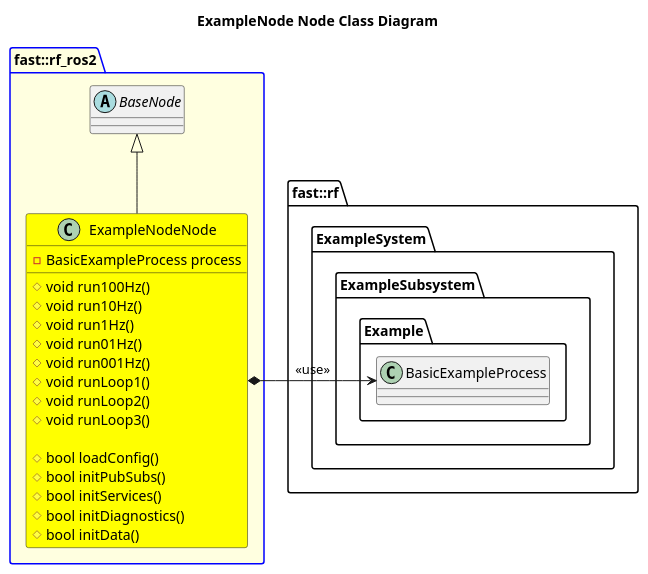
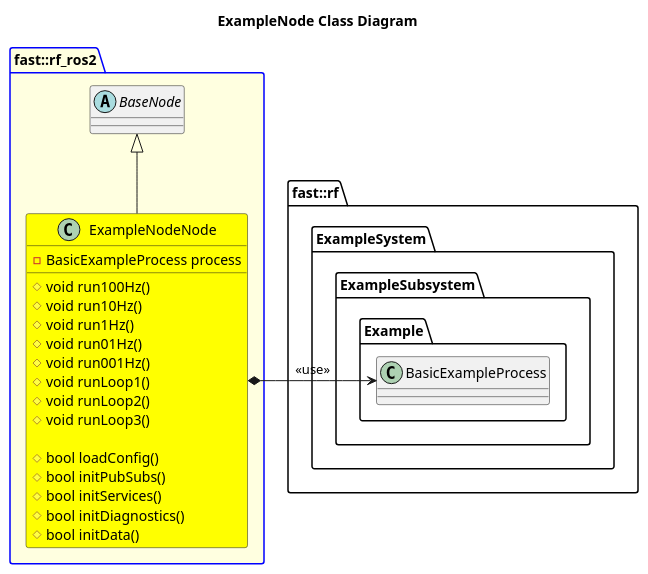
Before and after one commit to fastrobotics/robot_framework_ros2: the diagram in examples/ExampleNode/doc/puml/ExampleNodeClassDiagram.puml, drawn with PlantUML. The commit also changed 17 other files, not shown here.

```diff
--- a/examples/ExampleNode/doc/puml/ExampleNodeClassDiagram.puml
+++ b/examples/ExampleNode/doc/puml/ExampleNodeClassDiagram.puml
@@ -2,37 +2,37 @@
 @startuml
-title ExampleNode Node Class Diagram
+title ExampleNode Class Diagram
 namespace fast::rf {
     namespace ExampleSystem {
         namespace ExampleSubsystem {
             namespace Example {
                 class BasicExampleProcess
             }
         }
     }
 }
 package fast::rf_ros2 #LightYellow;line:blue { 
     abstract BaseNode {
     }
     class ExampleNodeNode #Yellow {
         #void run100Hz()
         #void run10Hz()
         #void run1Hz()
         #void run01Hz()
         #void run001Hz()
         #void runLoop1()
         #void runLoop2()
         #void runLoop3()
 
         #bool loadConfig()
         #bool initPubSubs()
         #bool initServices()
         #bool initDiagnostics()
         #bool initData()
         -BasicExampleProcess process
     }
     ExampleNodeNode -up-|> BaseNode
     ExampleNodeNode *-right-> BasicExampleProcess: <<use>>
 
 }
 
 @enduml
```
